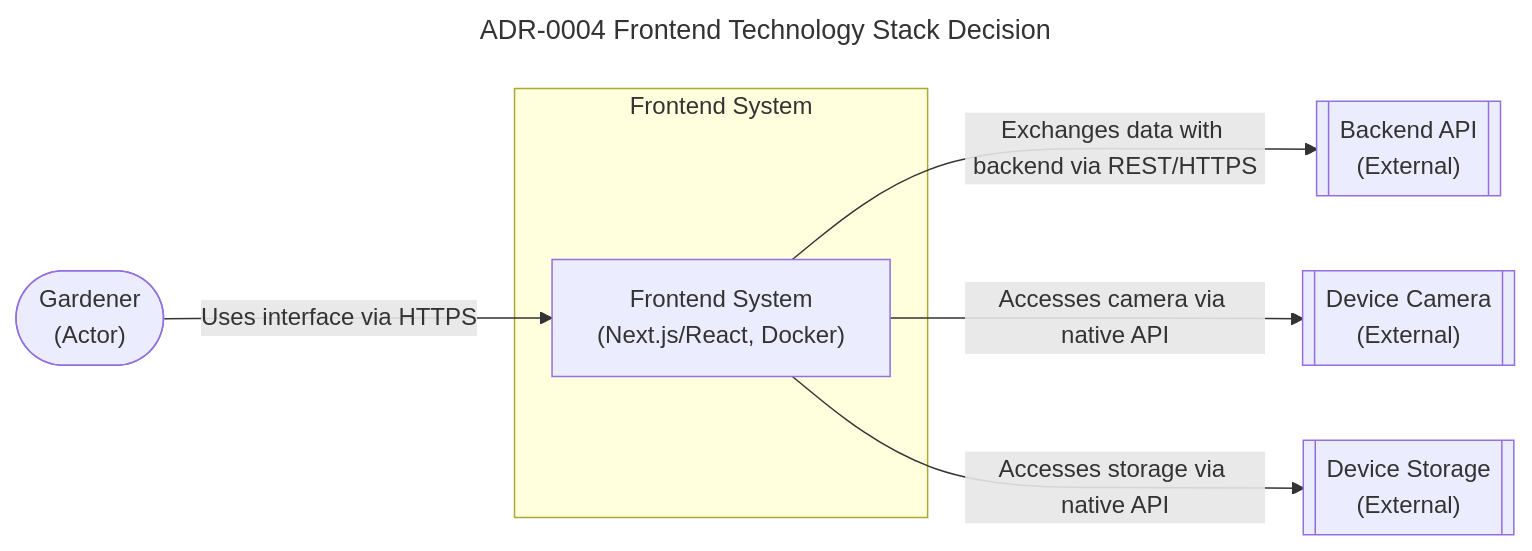
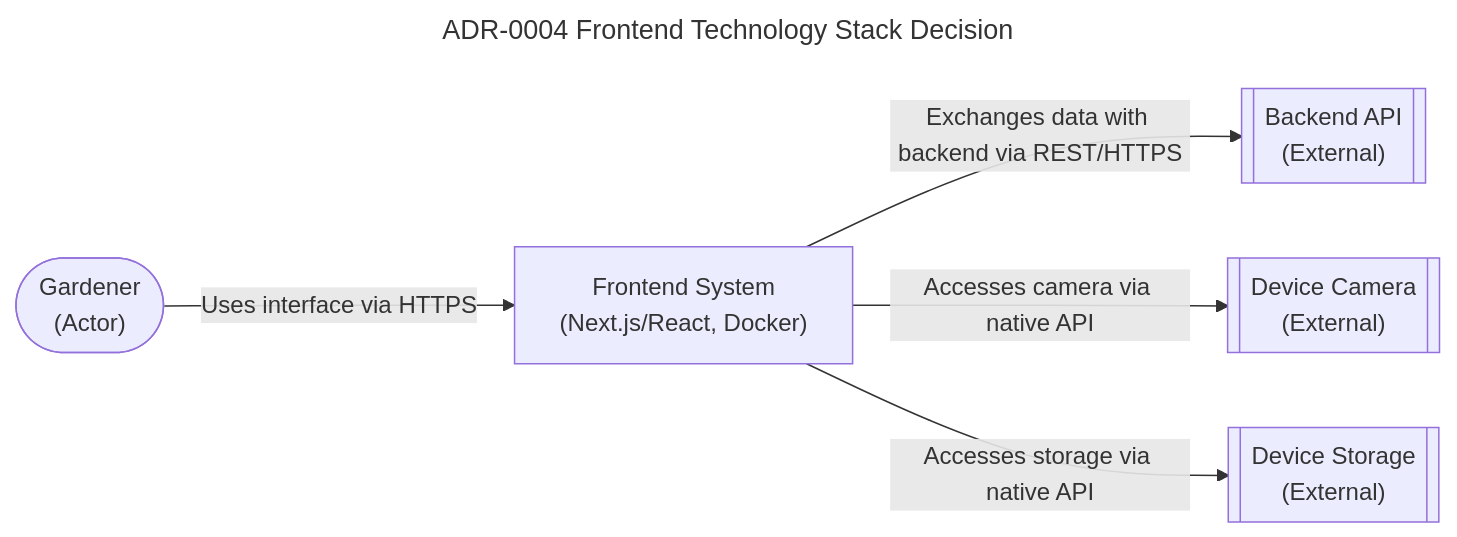
Before and after one commit to geraldthewes/plant-tracking: the diagram in knowledge/architecture/decisions/ADR-0004-frontend-technology-stack.md, drawn with Mermaid. The commit also changed other lines of this file and 6 other files, not shown here.

````diff
--- a/knowledge/architecture/decisions/ADR-0004-frontend-technology-stack.md
+++ b/knowledge/architecture/decisions/ADR-0004-frontend-technology-stack.md
@@ -81,18 +81,16 @@
 ```mermaid
 ---
 title: ADR-0004 Frontend Technology Stack Decision
 ---
 flowchart LR
     gardener(["Gardener\n(Actor)"])
-    subgraph frontend_sys["Frontend System"]
-        frontend_app["Frontend System\n(Next.js/React, Docker)"]
-    end
-    backend_api[["Backend API\n(External)"]]
-    device_camera[["Device Camera\n(External)"]]
-    device_storage[["Device Storage\n(External)"]]
+    frontend["Frontend System\n(Next.js/React, Docker)"]
+    backend[["Backend API\n(External)"]]
+    camera[["Device Camera\n(External)"]]
+    storage[["Device Storage\n(External)"]]
 
-    gardener -->|"Uses interface via HTTPS"| frontend_app
-    frontend_app -->|"Exchanges data with backend via REST/HTTPS"| backend_api
-    frontend_app -->|"Accesses camera via native API"| device_camera
-    frontend_app -->|"Accesses storage via native API"| device_storage
+    gardener -->|"Uses interface via HTTPS"| frontend
+    frontend -->|"Exchanges data with backend via REST/HTTPS"| backend
+    frontend -->|"Accesses camera via native API"| camera
+    frontend -->|"Accesses storage via native API"| storage
 ```
````
